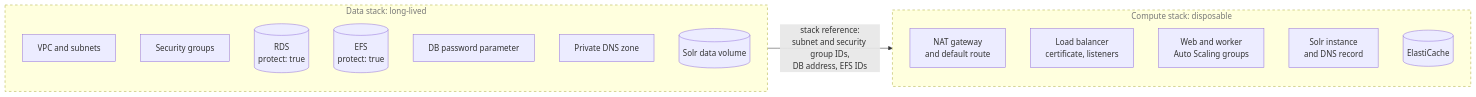
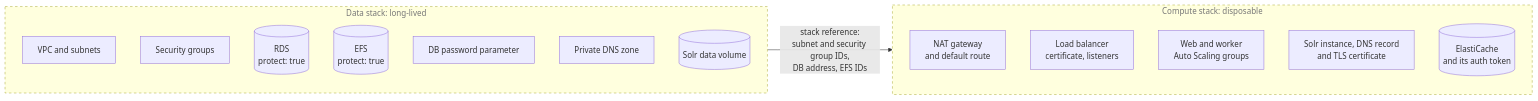
Before and after one commit to seek4science/seek: the fourth of 5 diagrams in docs/pulumi-architecture.md, drawn with Mermaid. The commit also changed other lines of this file, not shown here.

First line of the commit message:
Bring the architecture document up to date with phase 2

````diff
--- a/docs/pulumi-architecture.md
+++ b/docs/pulumi-architecture.md
@@ -188,25 +194,25 @@
 ```mermaid
 flowchart LR
     subgraph data["Data stack: long-lived"]
         vpc["VPC and subnets"]
         sgs["Security groups"]
         rds[("RDS<br/>protect: true")]
         efs[("EFS<br/>protect: true")]
         param["DB password parameter"]
         zone["Private DNS zone"]
         solrvol[("Solr data volume")]
     end
 
     subgraph compute["Compute stack: disposable"]
         nat["NAT gateway<br/>and default route"]
         alb["Load balancer<br/>certificate, listeners"]
         groups["Web and worker<br/>Auto Scaling groups"]
-        solr["Solr instance<br/>and DNS record"]
-        redis[("ElastiCache")]
+        solr["Solr instance, DNS record<br/>and TLS certificate"]
+        redis[("ElastiCache<br/>and its auth token")]
     end
 
     data -- "stack reference:<br/>subnet and security group IDs,<br/>DB address, EFS IDs" --> compute
 
     classDef planned stroke-dasharray:5 5,color:#777
     class data,compute planned
 ```
````
